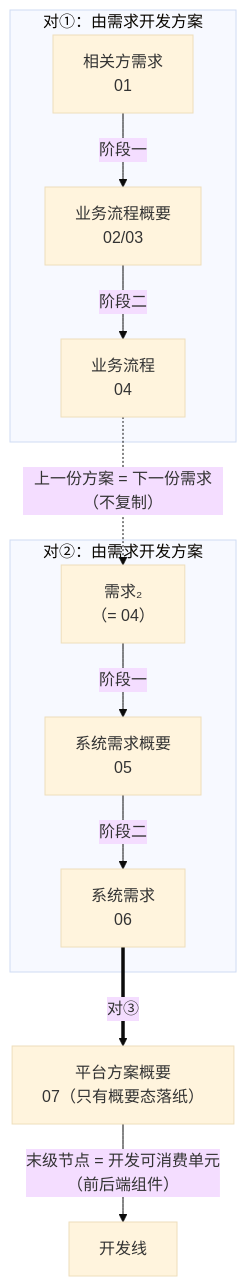
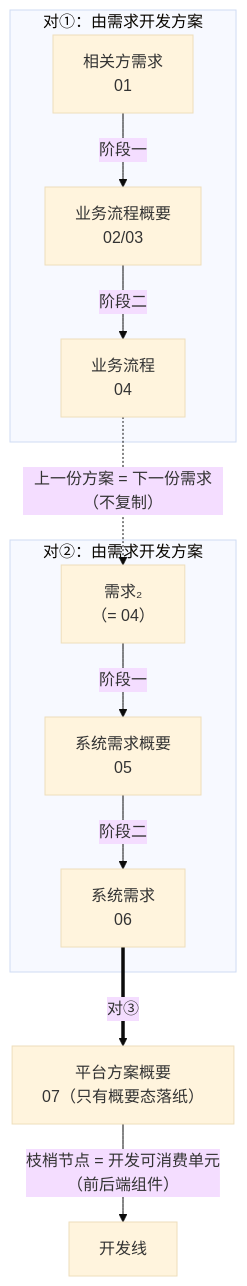
One commit to Yongjunzhou/AOS-system-design changed the fourth of 4 diagrams in 50-research/00-系统工程相关研究报告/20-设计与开发落地方法研究报告—需求与方案结对开发.md. Above: the diagram before and after it, drawn with Mermaid (base theme). The commit also changed other lines of this file, not shown here.

First line of the commit message:
[报告] 20号报告结构术语统一：概要末级节点→枝梢节点、树叶→叶节点

````diff
--- a/50-research/00-系统工程相关研究报告/20-设计与开发落地方法研究报告—需求与方案结对开发.md
+++ b/50-research/00-系统工程相关研究报告/20-设计与开发落地方法研究报告—需求与方案结对开发.md
@@ -307,14 +307,14 @@
 ```mermaid
 flowchart TD
     subgraph P1["对①：由需求开发方案"]
         A["相关方需求<br/>01"] -->|"阶段一"| B["业务流程概要<br/>02/03"]
         B -->|"阶段二"| C["业务流程<br/>04"]
     end
     subgraph P2["对②：由需求开发方案"]
         D["需求₂<br/>（= 04）"] -->|"阶段一"| E["系统需求概要<br/>05"]
         E -->|"阶段二"| F["系统需求<br/>06"]
     end
     C -.->|"上一份方案 = 下一份需求（不复制）"| D
     F ==>|"对③"| G["平台方案概要<br/>07（只有概要态落纸）"]
-    G -->|"末级节点 = 开发可消费单元<br/>（前后端组件）"| H["开发线"]
+    G -->|"枝梢节点 = 开发可消费单元<br/>（前后端组件）"| H["开发线"]
 ```
````
